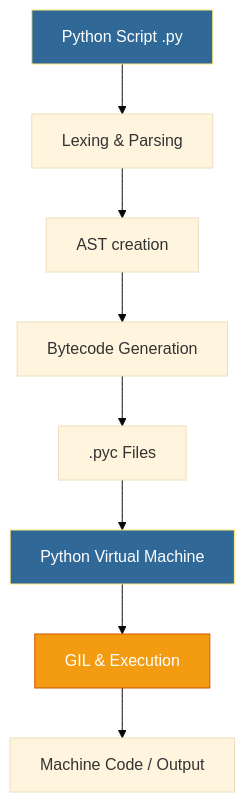
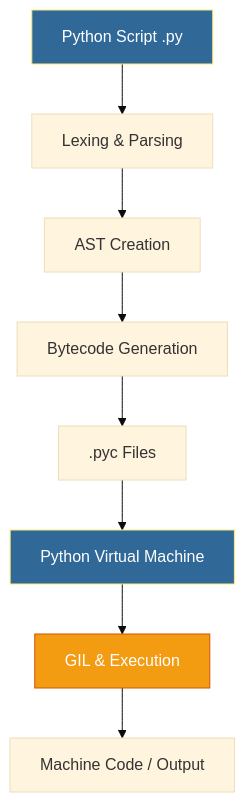
One commit to Ganil151/Devops changed the diagram in 1-Beginner/02-Phase-2/01-Automation/02-Python-Basics/Part-01-Python-Foundations/01-Fundamentals/README.md. Above: the diagram before and after it, drawn with Mermaid (base theme). The commit also changed other lines of this file and 230 other files, not shown here.

````diff
--- a/1-Beginner/02-Phase-2/01-Automation/02-Python-Basics/Part-01-Python-Foundations/01-Fundamentals/README.md
+++ b/1-Beginner/02-Phase-2/01-Automation/02-Python-Basics/Part-01-Python-Foundations/01-Fundamentals/README.md
@@ -29,14 +72,14 @@
 ```mermaid
 flowchart TD
     A[Python Script .py] --> B[Lexing & Parsing]
-    B --> C[AST creation]
+    B --> C[AST Creation]
     C --> D[Bytecode Generation]
     D --> E[.pyc Files]
     E --> F[Python Virtual Machine]
     F --> G[GIL & Execution]
     G --> H[Machine Code / Output]
     
     style A fill:#306998,stroke:#ffe873,color:#fff
     style F fill:#306998,stroke:#ffe873,color:#fff
     style G fill:#f39c12,stroke:#d35400,color:#fff
 ```
````
